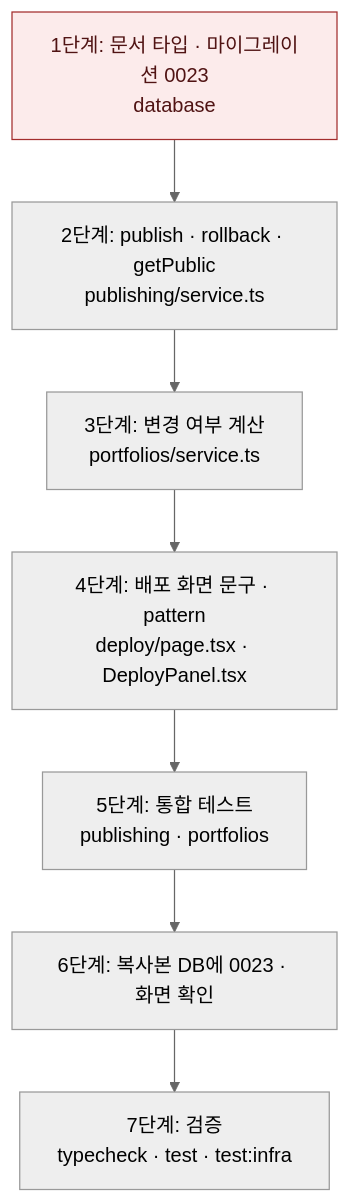
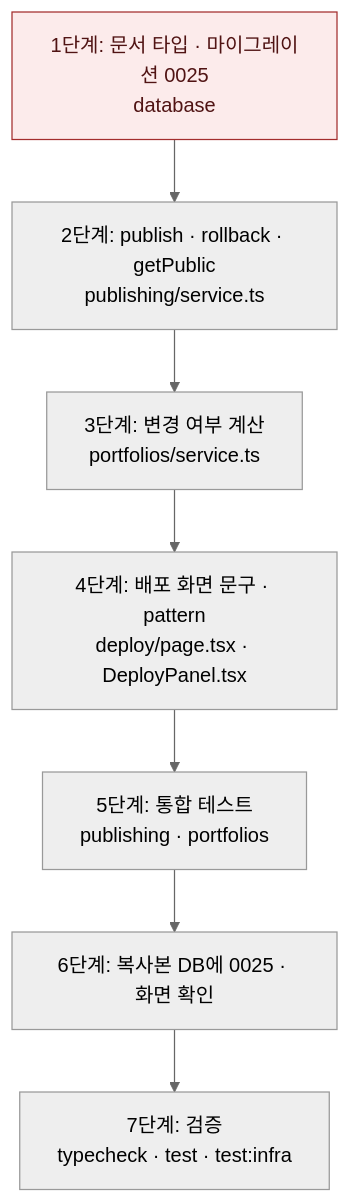
The diagram in .intent/plan_publishing-redeploy.md (Expresso-Organization/expresso), drawn with Mermaid (neutral theme) before and after one commit. The commit also changed other lines of this file and 9 other files, not shown here.

````diff
--- a/.intent/plan_publishing-redeploy.md
+++ b/.intent/plan_publishing-redeploy.md
@@ -31,12 +31,12 @@
 ```mermaid
 flowchart TD
-  A["1단계: 문서 타입 · 마이그레이션 0023<br/>database"]:::risk
+  A["1단계: 문서 타입 · 마이그레이션 0025<br/>database"]:::risk
   B["2단계: publish · rollback · getPublic<br/>publishing/service.ts"]
   C["3단계: 변경 여부 계산<br/>portfolios/service.ts"]
   D["4단계: 배포 화면 문구 · pattern<br/>deploy/page.tsx · DeployPanel.tsx"]
   E["5단계: 통합 테스트<br/>publishing · portfolios"]
-  F["6단계: 복사본 DB에 0023 · 화면 확인"]
+  F["6단계: 복사본 DB에 0025 · 화면 확인"]
   G["7단계: 검증<br/>typecheck · test · test:infra"]
   A --> B --> C --> D --> E --> F --> G
   classDef risk fill:#FCEBEB,stroke:#A32D2D,color:#501313
 ```
````
